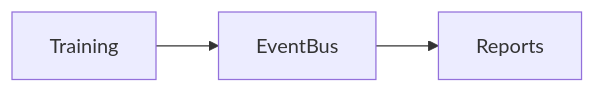
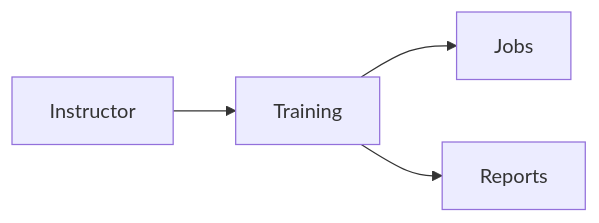
One commit to sameheg/cafeos changed the diagram in ModulesDoc/TRAINING.md. Above: the diagram before and after it, drawn with Mermaid. The commit also changed other lines of this file and 21 other files, not shown here.

````diff
--- a/ModulesDoc/TRAINING.md
+++ b/ModulesDoc/TRAINING.md
@@ -16,5 +16,6 @@
 ```mermaid
 flowchart LR
-  A[Training] --> B[EventBus]
-  B --> C[Reports]
+  Instructor --> Training
+  Training --> Jobs
+  Training --> Reports
 ```
````
